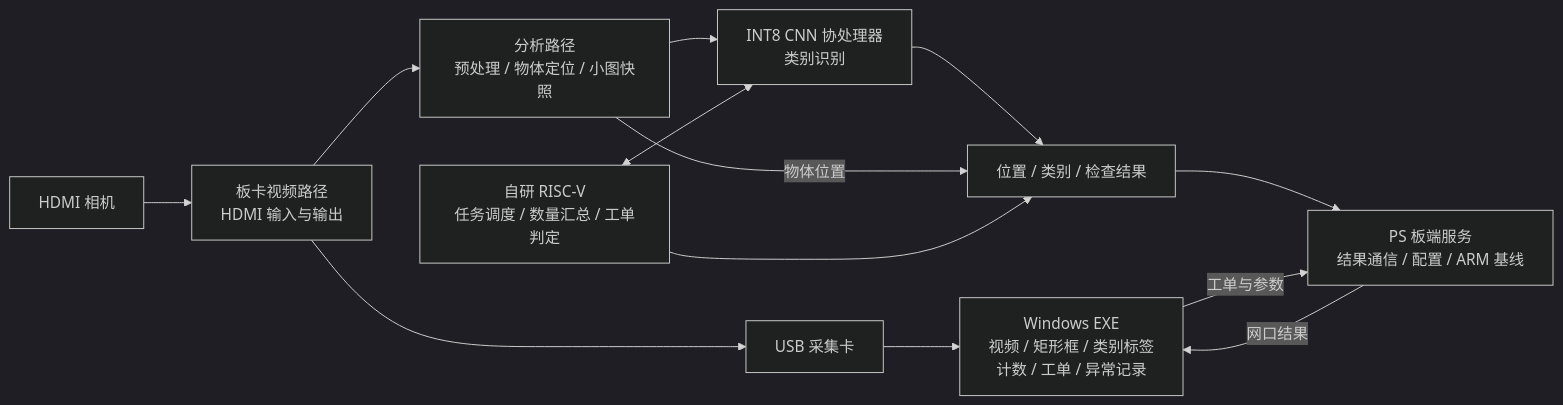
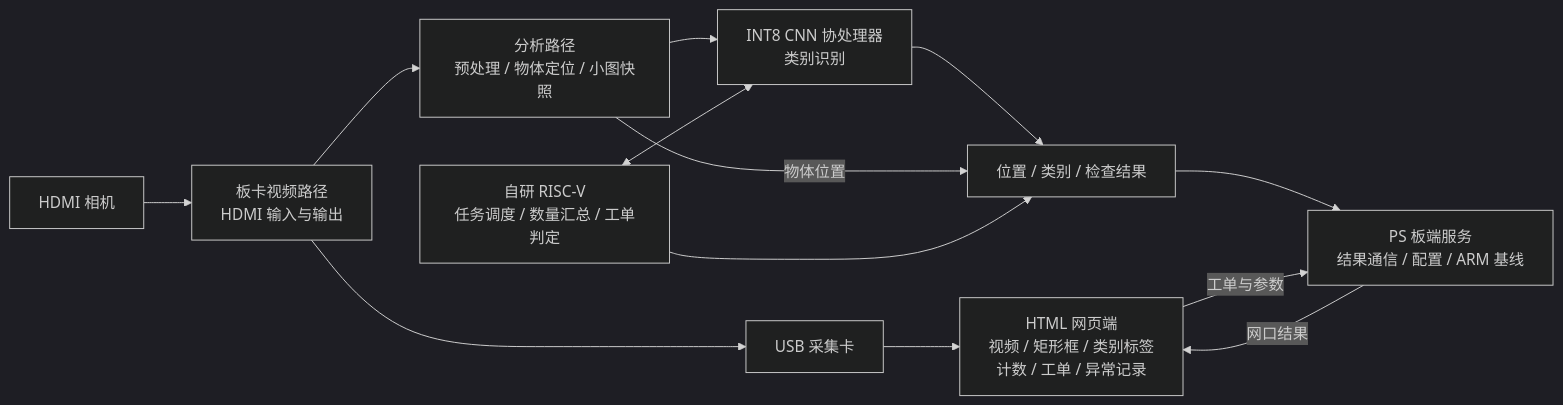
Before and after one commit to never-die-cold/FPGA-Alittle-Design: the diagram in README.md, drawn with Mermaid (dark theme). The commit also changed other lines of this file and 109 other files, not shown here.

First line of the commit message:
refactor(frontend): 移除 EXE 形态，前端定为 HTML 网页端并全仓文档清理

````diff
--- a/README.md
+++ b/README.md
@@ -56,14 +40,14 @@
 ```mermaid
 flowchart LR
     CAM[HDMI 相机] --> VIDEO[板卡视频路径<br/>HDMI 输入与输出]
-    VIDEO --> CAP[USB 采集卡] --> UI[Windows EXE<br/>视频 / 矩形框 / 类别标签<br/>计数 / 工单 / 异常记录]
+    VIDEO --> CAP[USB 采集卡] --> UI[HTML 网页端<br/>视频 / 矩形框 / 类别标签<br/>计数 / 工单 / 异常记录]
     VIDEO --> PRE[分析路径<br/>预处理 / 物体定位 / 小图快照]
     PRE --> COP[INT8 CNN 协处理器<br/>类别识别]
     CPU[自研 RISC-V<br/>任务调度 / 数量汇总 / 工单判定] <--> COP
     COP --> RES[位置 / 类别 / 检查结果]
     PRE -->|物体位置| RES
     CPU --> RES
     RES --> PS[PS 板端服务<br/>结果通信 / 配置 / ARM 基线]
     PS -->|网口结果| UI
     UI -->|工单与参数| PS
 ```
````
